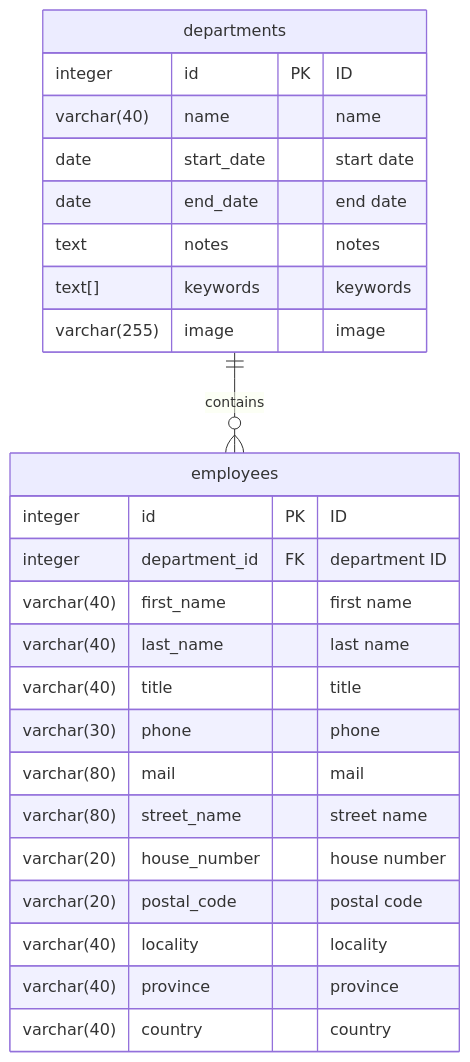
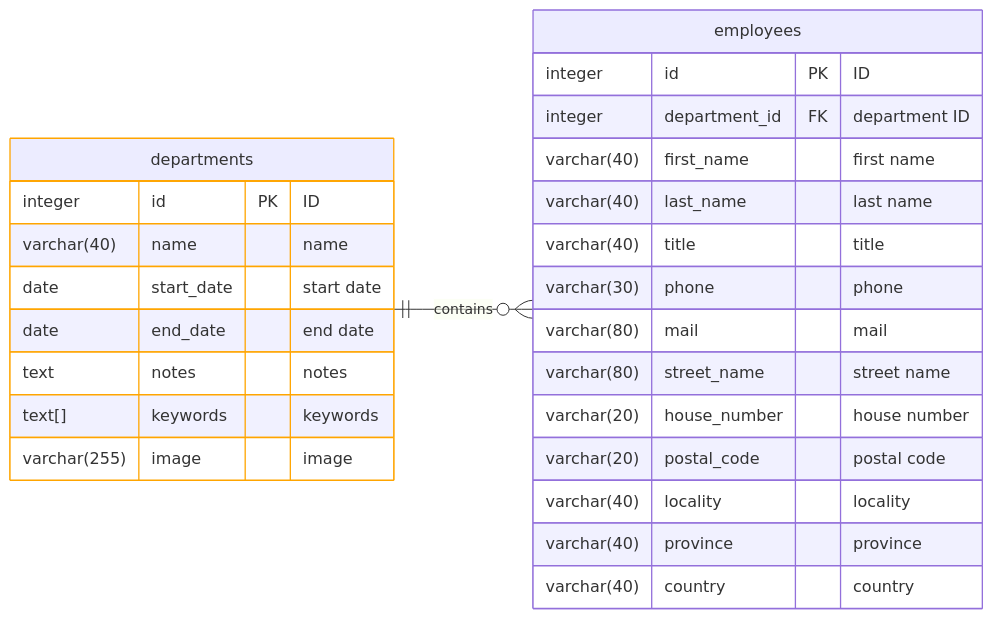
One commit to k1729p/Study28 changed the diagram in docs/mermaid/entityRelationshipPostgreSQL.md. Above: the diagram before and after it, drawn with Mermaid.

````diff
--- a/docs/mermaid/entityRelationshipPostgreSQL.md
+++ b/docs/mermaid/entityRelationshipPostgreSQL.md
@@ -3,35 +3,33 @@
 ```mermaid
 erDiagram
+direction LR
 %% Entities
     DEP[departments] {
         integer id PK "ID"
         varchar(40) name "name"
         date start_date "start date"
         date end_date "end date"
         text notes "notes"
         text[] keywords "keywords"
         varchar(255) image "image"
     }
     EMP[employees] {
         integer id PK "ID"
         integer department_id FK "department ID"
         varchar(40) first_name "first name"
         varchar(40) last_name "last name"
         varchar(40) title "title"
         varchar(30) phone "phone"
         varchar(80) mail "mail"
         varchar(80) street_name "street name"
         varchar(20) house_number "house number"
         varchar(20) postal_code "postal code"
         varchar(40) locality "locality"
         varchar(40) province "province"
         varchar(40) country "country"
     }
 %% Relationships 
     DEP ||--o{ EMP: contains
 %%  Styles
-    %%style DEP fill:#f9f,stroke:#333,stroke-width:4px
-    %%style EMP fill:#bbf,stroke:#f66,stroke-width:2px,color:#fff,stroke-dasharray: 5 5
-
-    %%classDef className fill:#f9f,stroke:#333,stroke-width:4px
+    style DEP stroke:orange
 ```
````
